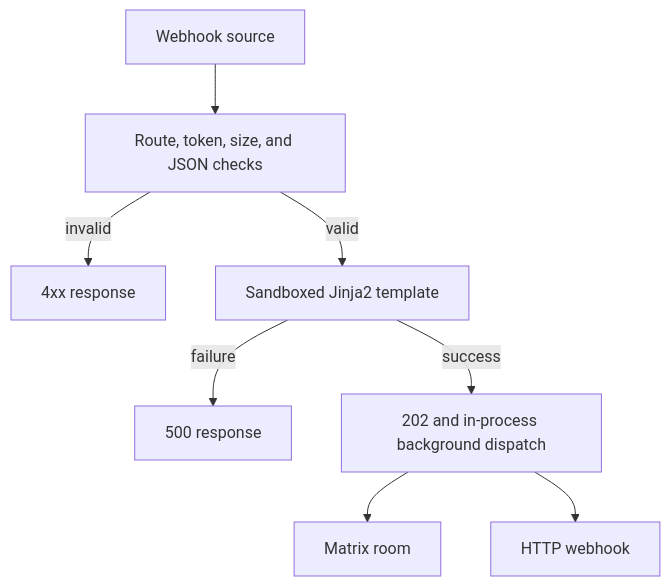
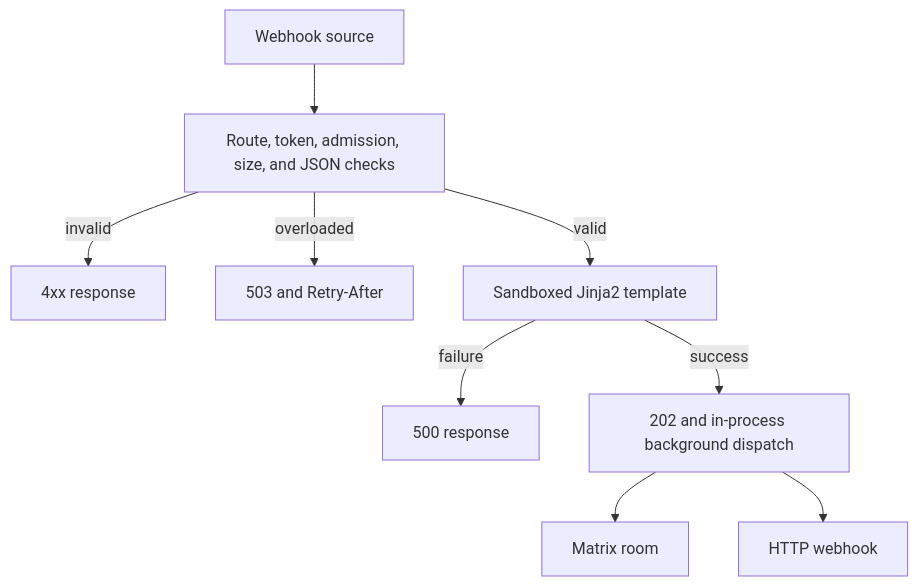
The diagram in README.md (AlirezaMrtz/alert-bridge), drawn with Mermaid before and after one commit. The commit also changed other lines of this file and 7 other files, not shown here.

````diff
--- a/README.md
+++ b/README.md
@@ -43,10 +43,11 @@
 ```mermaid
 flowchart TD
-    Source["Webhook source"] --> Ingress["Route, token, size, and JSON checks"]
+    Source["Webhook source"] --> Ingress["Route, token, admission, size, and JSON checks"]
     Ingress -->|invalid| Rejected["4xx response"]
+    Ingress -->|overloaded| Overloaded["503 and Retry-After"]
     Ingress -->|valid| Template["Sandboxed Jinja2 template"]
     Template -->|failure| Failed["500 response"]
     Template -->|success| Scheduled["202 and in-process background dispatch"]
     Scheduled --> Matrix["Matrix room"]
     Scheduled --> Webhook["HTTP webhook"]
 ```
````
